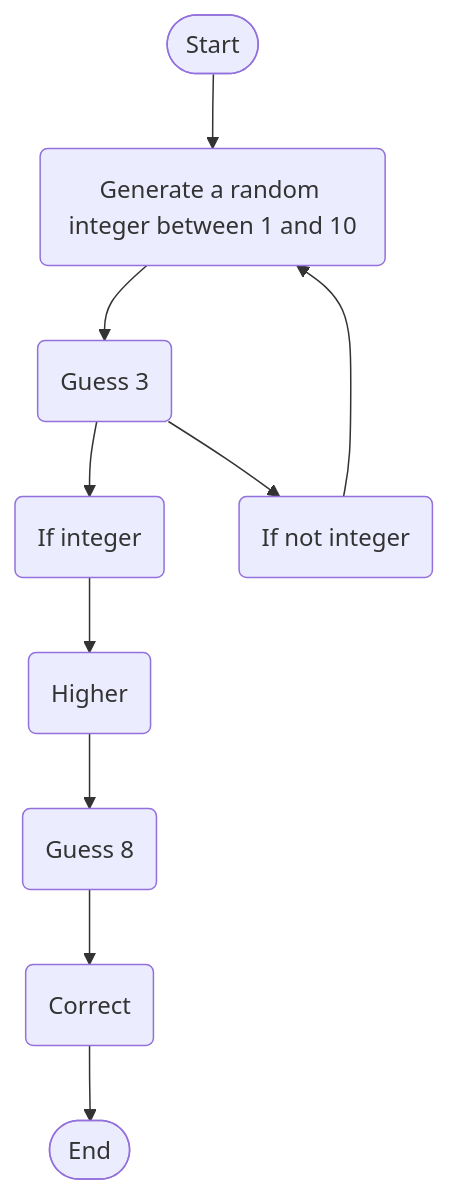
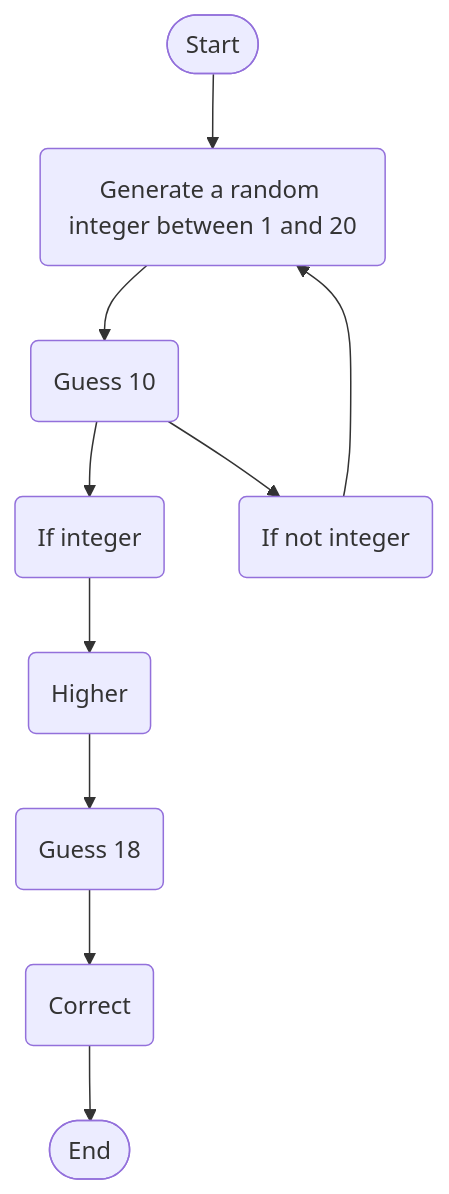
One commit to sharmaragarrett/sharmaragarrett changed the diagram in Guessing.md. Above: the diagram before and after it, drawn with Mermaid.

````diff
--- a/Guessing.md
+++ b/Guessing.md
@@ -3,11 +3,11 @@
 ```mermaid
 flowchart TD
-  Start([Start]) --> B(Generate a random integer between 1 and 10)
-B --> C(Guess  3)
+  Start([Start]) --> B(Generate a random integer between 1 and 20)
+B --> C(Guess  10)
 C --> D(If integer) & E(If not integer)
 E --> B
 D --> F(Higher)
-F --> H(Guess 8)
+F --> H(Guess 18)
 H --> I(Correct)
 I -->J([End])
 ```
````
